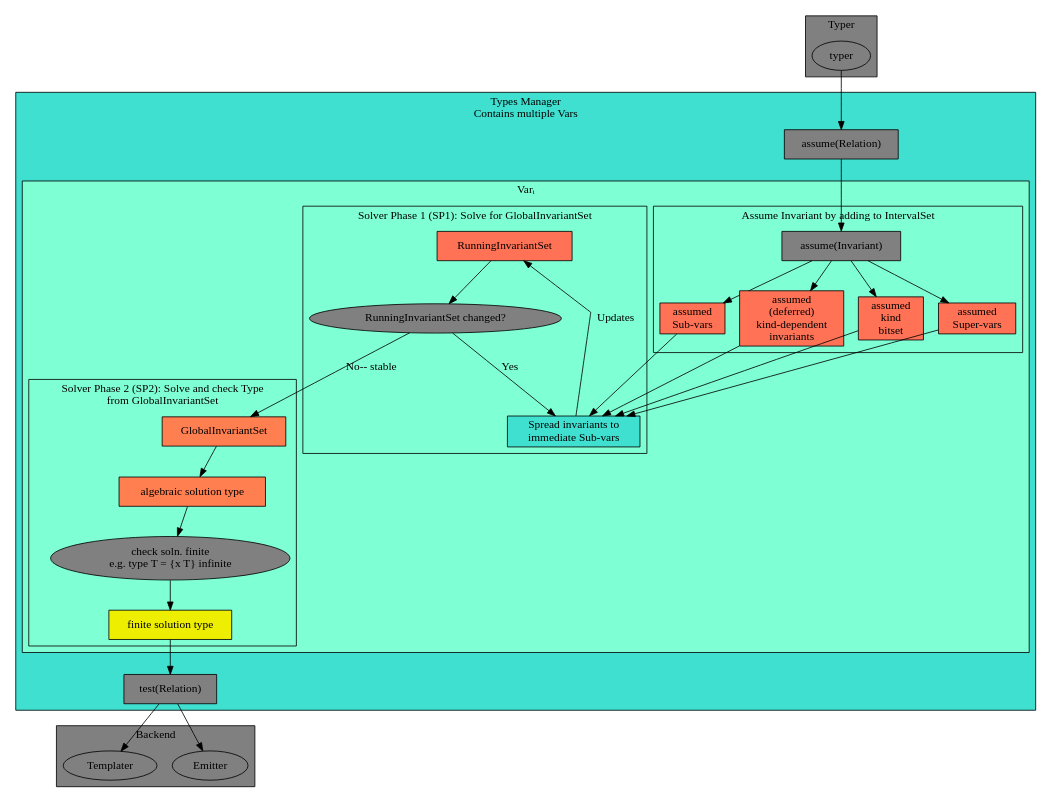
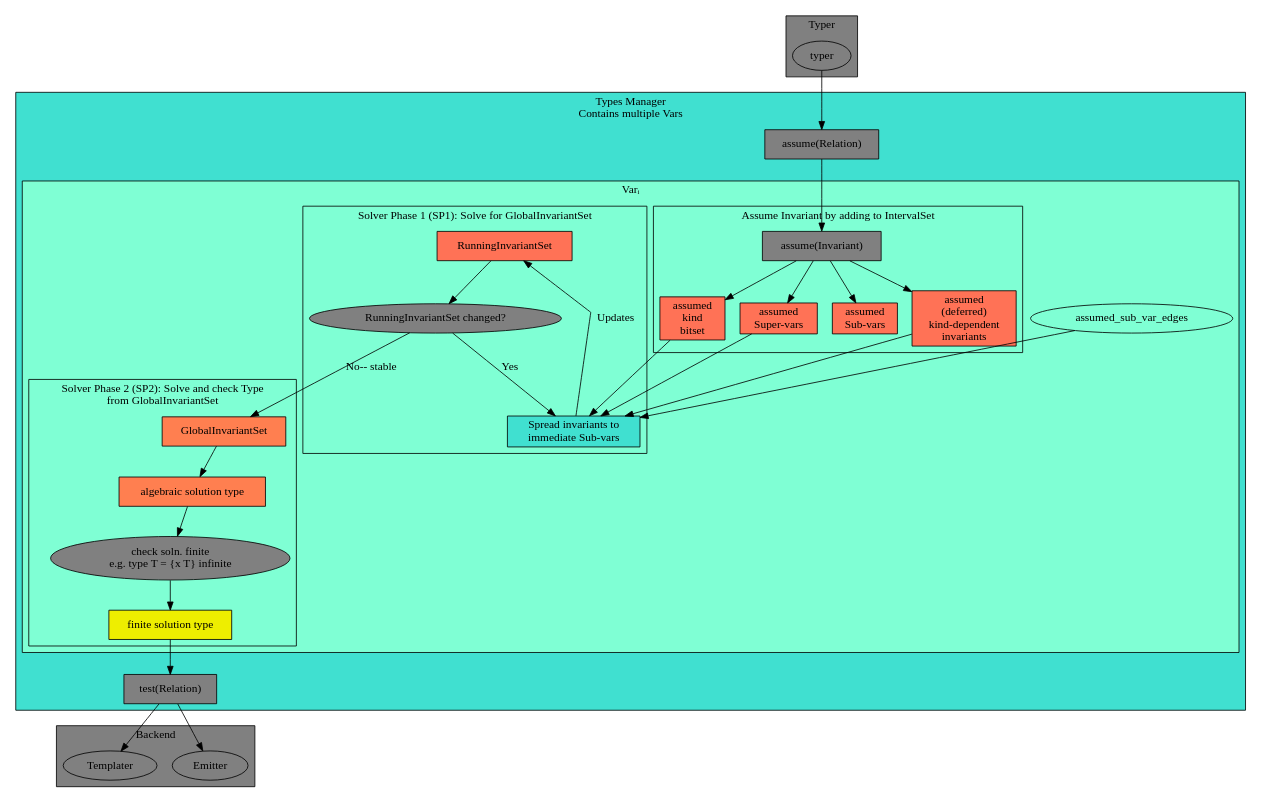
Before and after one commit to tsnl/pdm: the diagram in src/pdm/types/old-typing.dot, drawn with Graphviz. The commit also changed 38 other files, not shown here.

```diff
--- a/src/pdm/types/old-typing.dot
+++ b/src/pdm/types/old-typing.dot
@@ -1,89 +1,89 @@
 // https://graphs.grevian.org/example
 
 digraph {
     splines=line;
 
     subgraph cluster_0 {
         label="Typer";
         bgcolor="grey";
         typer_fn [label="typer"]
     }
 
     subgraph cluster_1 {
         label="Types Manager\nContains multiple Vars";
         bgcolor="turquoise";
 
         assume [label="assume(Relation)", style="filled", fillcolor="grey", shape="box"];
         test [label="test(Relation)", style="filled", fillcolor="grey", shape="box"];
 
         // edges:
         typer_fn -> assume;
 
         subgraph cluster_types_mgr {
             label="Varᵢ";
             bgcolor="aquamarine";
             
             subgraph cluster_assume {
                 label="Assume Invariant by adding to IntervalSet";
                 invariant [label="assume(Invariant)", shape="box", style="filled", fillcolor="grey"];
                 assumed_kind_bitset [label="assumed\nkind\nbitset", shape="box", fillcolor="coral1", style="filled"];
                 assumed_supervars [label="assumed\nSuper-vars", shape="box", fillcolor="coral1", style="filled"];
                 assumed_subvars [label="assumed\nSub-vars", shape="box", fillcolor="coral1", style="filled"];
                 assumed_deferred_kd_invariants [label="assumed\n(deferred)\nkind-dependent\ninvariants", style="filled", fillcolor="coral1", shape="box"]
             }
 
             subgraph cluster_sp1 {
                 label="Solver Phase 1 (SP1): Solve for GlobalInvariantSet"
                 local_interval_set [label="RunningInvariantSet", shape="box", fillcolor="coral1", style="filled"];
                 sp1_loopcheck [label="RunningInvariantSet changed?", fillcolor="gray", style="filled"]
                 sp1_spread_to_sub
                 [label="Spread invariants to\nimmediate Sub-vars", shape="box", style="filled", fillcolor="turquoise"]
             }
 
             // subgraph cluster_sp1 {
             //     label="Solver Phase 1 (SP1): Check kind bitset, supervar, subvar, VarKind"
             //     local_interval_set [label="Running Invariant set", shape="box", fillcolor="coral1", style="filled"];
             //     sp1_entry_point_first_time [label="(first-time)", shape="diamond", fillcolor="gray", style="filled"]
             //     sp1_entry_point_repeat [label="(repeat with new local)", shape="diamond", fillcolor="gray", style="filled"]
             //     sp1_loopcheck [label="Check Running Invariant set against VarKind", fillcolor="gray", style="filled"]
             // }
 
             subgraph cluster_sp2 {
                 label="Solver Phase 2 (SP2): Solve and check Type\nfrom GlobalInvariantSet";
                 sp2_alg_soln [label="algebraic solution type", shape="box", fillcolor="coral", style="filled"];
                 sp2_fin_soln [label="finite solution type", shape="box", fillcolor="yellow2", style="filled"]
                 sp2_global_invariant_set [label="GlobalInvariantSet", shape="box", fillcolor="coral", style="filled"];
                 sp2_fin_check [label="check soln. finite\ne.g. type T = {x T} infinite", fillcolor="grey", style="filled"]
             }
 
             // Assume:
             invariant -> {assumed_kind_bitset, assumed_subvars, assumed_supervars, assumed_deferred_kd_invariants};
 
             // SP1:
-            {assumed_kind_bitset, assumed_subvars, assumed_supervars, assumed_deferred_kd_invariants} -> sp1_spread_to_sub;
+            {assumed_kind_bitset,assumed_sub_var_edges, assumed_supervars, assumed_deferred_kd_invariants} -> sp1_spread_to_sub;
 
             sp1_spread_to_sub -> local_interval_set
             [label="Updates"];
 
             local_interval_set -> sp1_loopcheck
 
             // SP2
             sp1_loopcheck -> sp1_spread_to_sub
             [label="Yes"];
             sp1_loopcheck -> sp2_global_invariant_set
             [label="No-- stable"]
             sp2_global_invariant_set -> sp2_alg_soln -> sp2_fin_check -> sp2_fin_soln;
         }
         
         assume -> invariant;
         sp2_fin_soln -> test;
     }
 
     subgraph cluster_2 {
         label="Backend";
         bgcolor="grey";
         templater [label="Templater"];
         emitter [label="Emitter"];
     }
     test -> {templater, emitter};
 }
```
